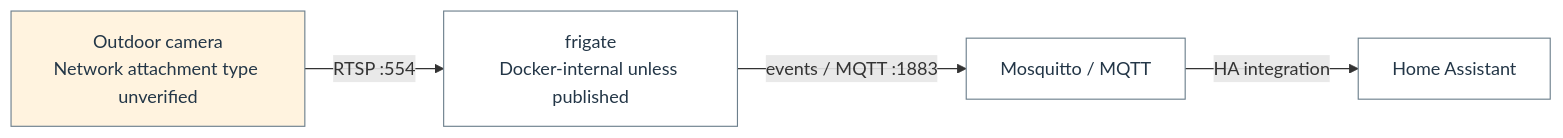
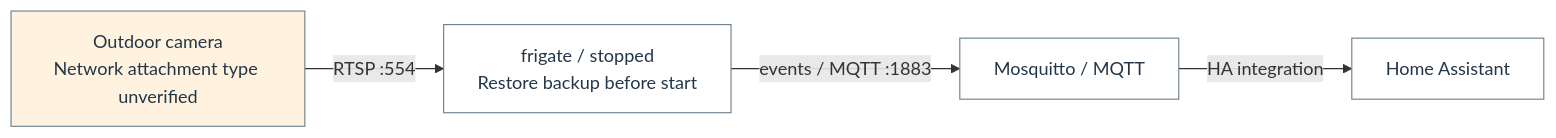
The second of 22 diagrams in docs/architecture/homelab-mermaid.md (Harsh-2002/Homelab), drawn with Mermaid before and after one commit. The commit also changed other lines of this file and 77 other files, not shown here.

````diff
--- a/docs/architecture/homelab-mermaid.md
+++ b/docs/architecture/homelab-mermaid.md
@@ -290,14 +296,14 @@
 ```mermaid
 flowchart LR
   n_flow_0_0["Outdoor camera<br/>Network attachment type unverified"]
-  n_flow_0_1["frigate<br/>Docker-internal unless published"]
+  n_flow_0_1["frigate / stopped<br/>Restore backup before start"]
   n_flow_0_2["Mosquitto / MQTT"]
   n_flow_0_3["Home Assistant"]
   n_flow_0_0 -->|"RTSP :554"| n_flow_0_1
   n_flow_0_1 -->|"events / MQTT :1883"| n_flow_0_2
   n_flow_0_2 -->|"HA integration"| n_flow_0_3
   classDef c_flow_0_0 fill:#fff3df,stroke:#6c7f8c,color:#233647;
   class n_flow_0_0 c_flow_0_0;
   classDef c_flow_0_1 fill:#ffffff,stroke:#6c7f8c,color:#233647;
   class n_flow_0_1,n_flow_0_2,n_flow_0_3 c_flow_0_1;
 ```
````
